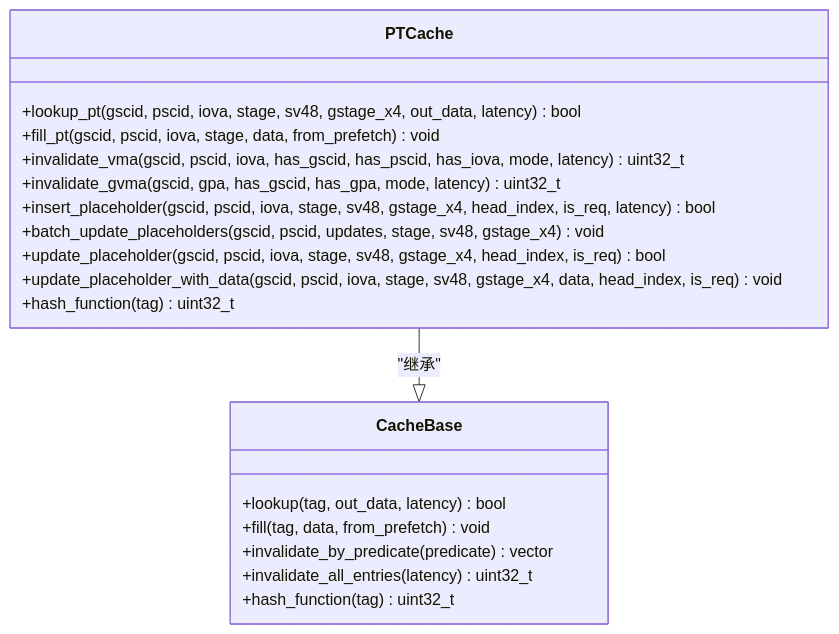
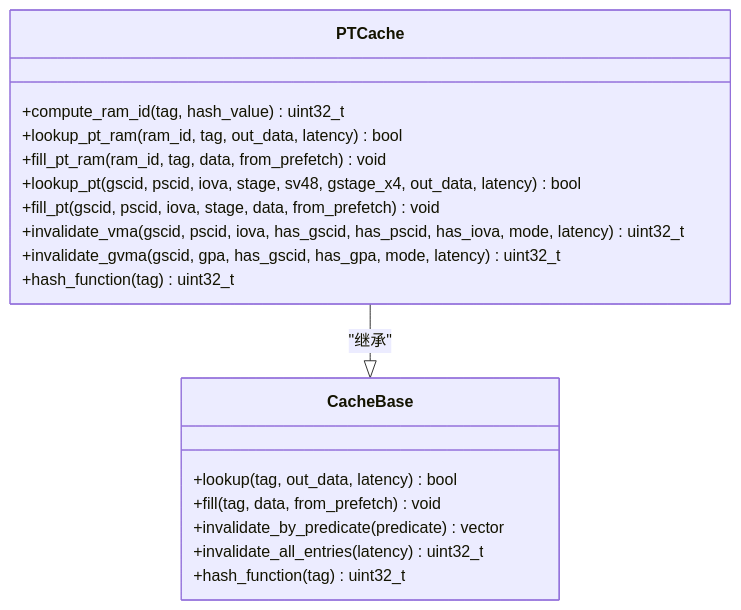
The sixth of 12 diagrams in .qoder/repowiki/zh/content/缓存系统/PT缓存（页表缓存）.md (jiangjiang1122/iommu_model_20260401_v1), drawn with Mermaid before and after one commit. The commit also changed other lines of this file and 186 other files, not shown here.

````diff
--- a/.qoder/repowiki/zh/content/缓存系统/PT缓存（页表缓存）.md
+++ b/.qoder/repowiki/zh/content/缓存系统/PT缓存（页表缓存）.md
@@ -159,22 +309,21 @@
 ```mermaid
 classDiagram
 class PTCache {
++compute_ram_id(tag, hash_value) uint32_t
++lookup_pt_ram(ram_id, tag, out_data, latency) bool
++fill_pt_ram(ram_id, tag, data, from_prefetch) void
 +lookup_pt(gscid, pscid, iova, stage, sv48, gstage_x4, out_data, latency) bool
 +fill_pt(gscid, pscid, iova, stage, data, from_prefetch) void
 +invalidate_vma(gscid, pscid, iova, has_gscid, has_pscid, has_iova, mode, latency) uint32_t
 +invalidate_gvma(gscid, gpa, has_gscid, has_gpa, mode, latency) uint32_t
-+insert_placeholder(gscid, pscid, iova, stage, sv48, gstage_x4, head_index, is_req, latency) bool
-+batch_update_placeholders(gscid, pscid, updates, stage, sv48, gstage_x4) void
-+update_placeholder(gscid, pscid, iova, stage, sv48, gstage_x4, head_index, is_req) bool
-+update_placeholder_with_data(gscid, pscid, iova, stage, sv48, gstage_x4, data, head_index, is_req) void
 +hash_function(tag) uint32_t
 }
 class CacheBase {
 +lookup(tag, out_data, latency) bool
 +fill(tag, data, from_prefetch) void
 +invalidate_by_predicate(predicate) vector<TagT>
 +invalidate_all_entries(latency) uint32_t
 +hash_function(tag) uint32_t
 }
 PTCache --|> CacheBase : "继承"
 ```
````
